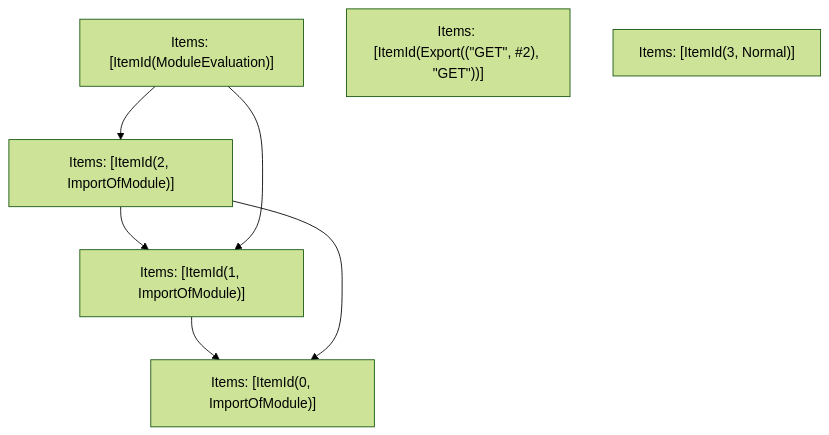
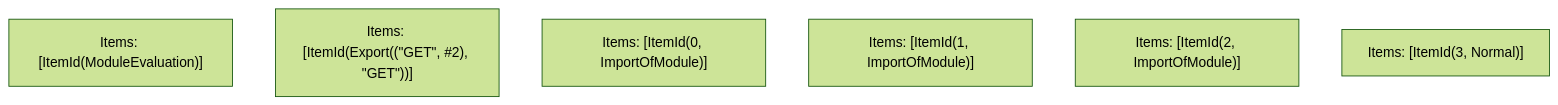
One commit to Sonar-UX-Testing-FreePlan/next.js changed the fifth of 5 diagrams in turbopack/crates/turbopack-ecmascript/tests/tree-shaker/analyzer/typeof-1/output.md. Above: the diagram before and after it, drawn with Mermaid (forest theme). The commit also changed other lines of this file and 30 other files, not shown here.

````diff
--- a/turbopack/crates/turbopack-ecmascript/tests/tree-shaker/analyzer/typeof-1/output.md
+++ b/turbopack/crates/turbopack-ecmascript/tests/tree-shaker/analyzer/typeof-1/output.md
@@ -162,14 +162,9 @@
 ```mermaid
 graph TD
     N0["Items: [ItemId(ModuleEvaluation)]"];
     N1["Items: [ItemId(Export((&quot;GET&quot;, #2), &quot;GET&quot;))]"];
     N2["Items: [ItemId(0, ImportOfModule)]"];
     N3["Items: [ItemId(1, ImportOfModule)]"];
     N4["Items: [ItemId(2, ImportOfModule)]"];
     N5["Items: [ItemId(3, Normal)]"];
-    N3 --> N2;
-    N4 --> N3;
-    N4 --> N2;
-    N0 --> N4;
-    N0 --> N3;
 ```
````
